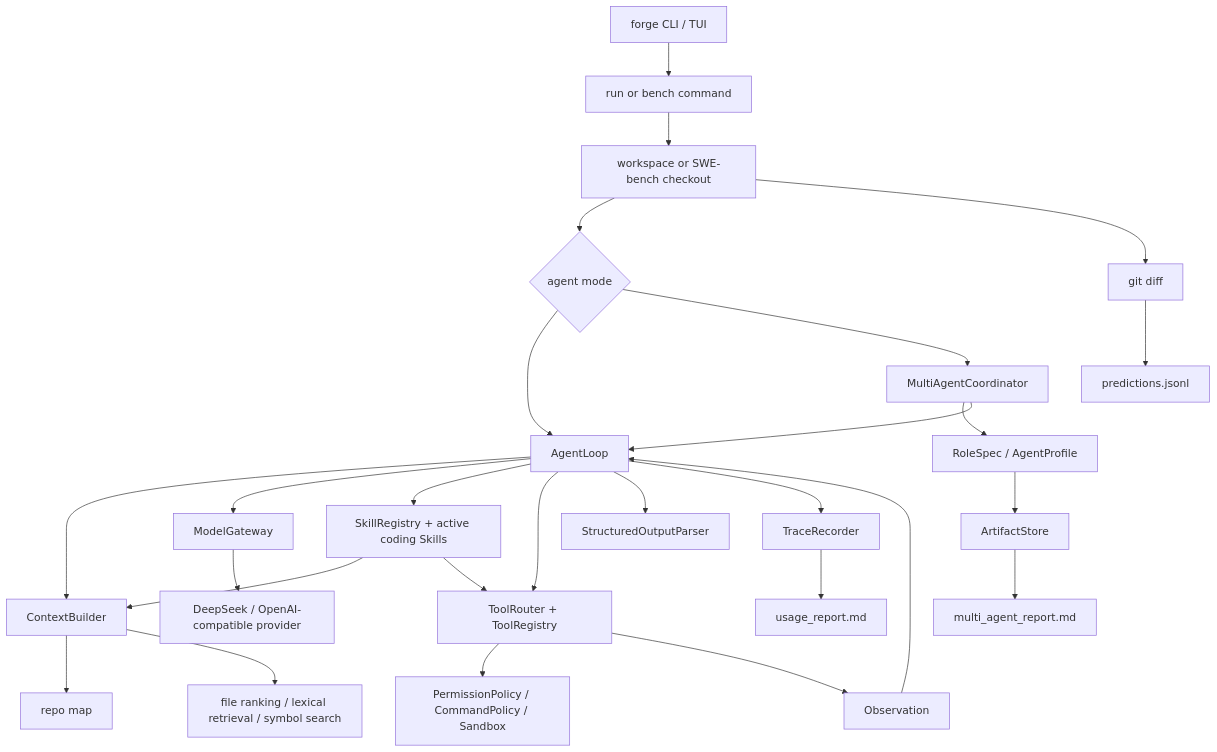
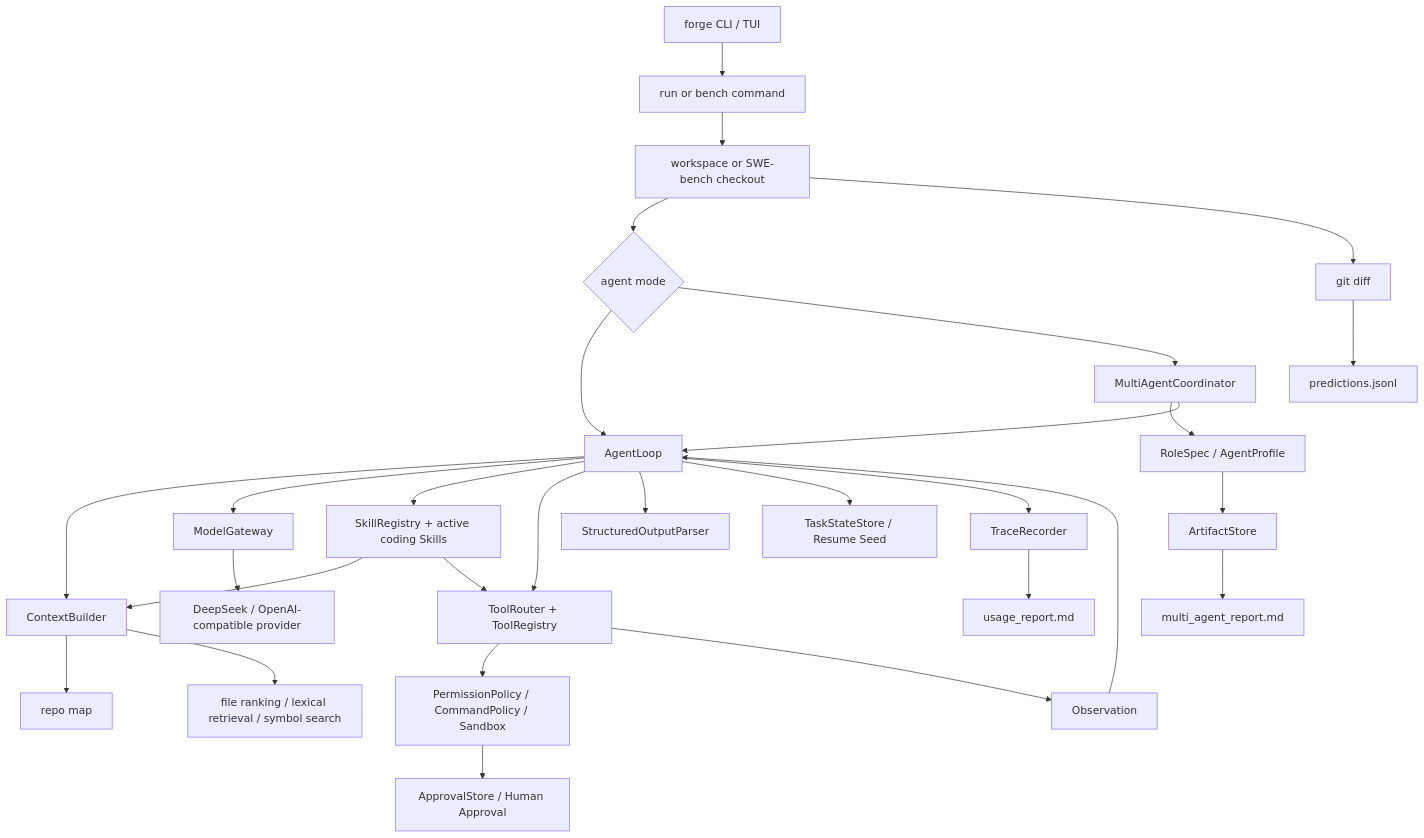
Before and after one commit to semi-hollow/NanoHarness: the diagram in docs/AgentForge总体架构与运行链路.md, drawn with Mermaid. The commit also changed other lines of this file and 14 other files, not shown here.

Commit message:
Add resume approval and fanout controls

````diff
--- a/docs/AgentForge总体架构与运行链路.md
+++ b/docs/AgentForge总体架构与运行链路.md
@@ -10,29 +10,31 @@
 ```mermaid
 flowchart TD
     User["forge CLI / TUI"] --> Run["run or bench command"]
     Run --> Workspace["workspace or SWE-bench checkout"]
     Workspace --> Mode{"agent mode"}
     Mode --> Loop["AgentLoop"]
     Mode --> Coordinator["MultiAgentCoordinator"]
     Coordinator --> Roles["RoleSpec / AgentProfile"]
     Roles --> Artifacts["ArtifactStore"]
     Coordinator --> Loop
     Loop --> Context["ContextBuilder"]
     Context --> RepoMap["repo map"]
     Context --> Ranking["file ranking / lexical retrieval / symbol search"]
     Loop --> Model["ModelGateway"]
     Model --> Provider["DeepSeek / OpenAI-compatible provider"]
     Loop --> Skills["SkillRegistry + active coding Skills"]
     Skills --> Context
     Skills --> Tools
     Loop --> Tools["ToolRouter + ToolRegistry"]
     Loop --> Structured["StructuredOutputParser"]
     Tools --> Safety["PermissionPolicy / CommandPolicy / Sandbox"]
+    Safety --> Approval["ApprovalStore / Human Approval"]
     Tools --> Observation["Observation"]
     Observation --> Loop
+    Loop --> Checkpoint["TaskStateStore / Resume Seed"]
     Loop --> Trace["TraceRecorder"]
     Trace --> Usage["usage_report.md"]
     Artifacts --> MultiReport["multi_agent_report.md"]
     Workspace --> Diff["git diff"]
     Diff --> Prediction["predictions.jsonl"]
 ```
````
